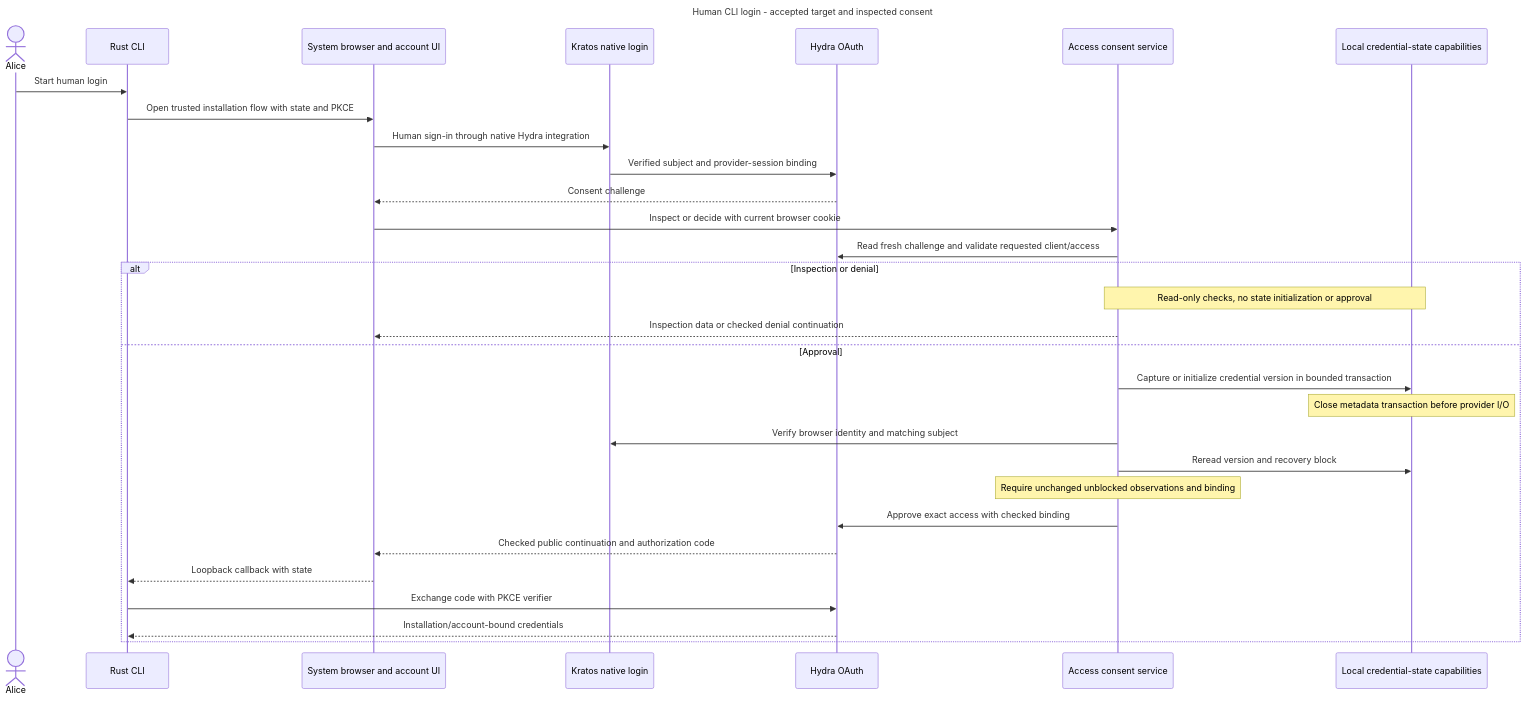
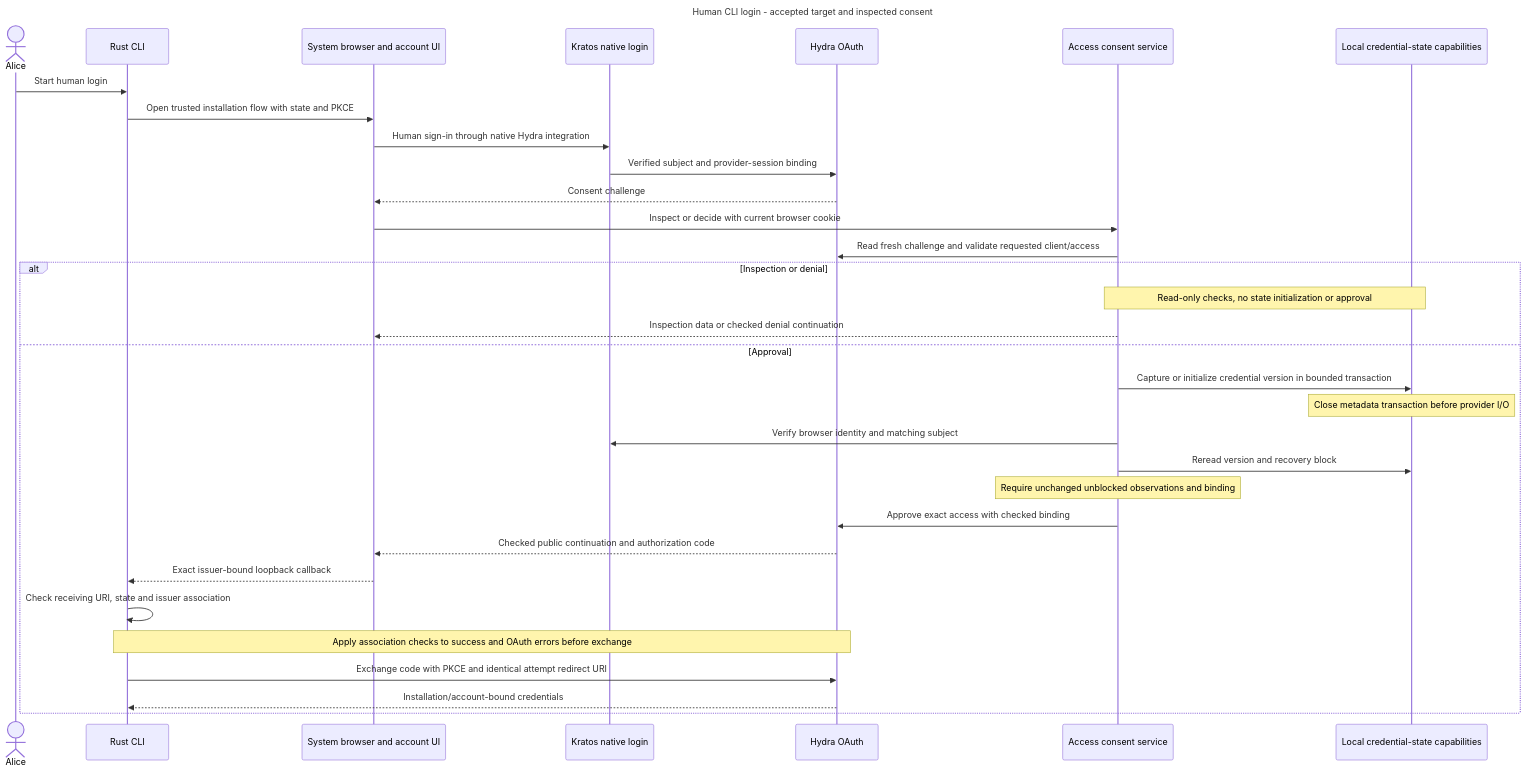
Before and after one commit to matejpalenik/inframeld: the diagram in .agents/skills/inframeld-access-models/references/human-cli-consent.md, drawn with Mermaid. The commit also changed other lines of this file and 179 other files, not shown here.

````diff
--- a/.agents/skills/inframeld-access-models/references/human-cli-consent.md
+++ b/.agents/skills/inframeld-access-models/references/human-cli-consent.md
@@ -29,35 +29,37 @@
 ```mermaid
 ---
 title: "Human CLI login - accepted target and inspected consent"
 ---
 sequenceDiagram
     actor Alice
     participant CLI as Rust CLI
     participant Browser as System browser and account UI
     participant Kratos as Kratos native login
     participant Hydra as Hydra OAuth
     participant Consent as Access consent service
     participant State as Local credential-state capabilities
     Alice->>CLI: Start human login
     CLI->>Browser: Open trusted installation flow with state and PKCE
     Browser->>Kratos: Human sign-in through native Hydra integration
     Kratos->>Hydra: Verified subject and provider-session binding
     Hydra-->>Browser: Consent challenge
     Browser->>Consent: Inspect or decide with current browser cookie
     Consent->>Hydra: Read fresh challenge and validate requested client/access
     alt Inspection or denial
         Note over Consent,State: Read-only checks, no state initialization or approval
         Consent-->>Browser: Inspection data or checked denial continuation
     else Approval
         Consent->>State: Capture or initialize credential version in bounded transaction
         Note over State: Close metadata transaction before provider I/O
         Consent->>Kratos: Verify browser identity and matching subject
         Consent->>State: Reread version and recovery block
         Note over Consent: Require unchanged unblocked observations and binding
         Consent->>Hydra: Approve exact access with checked binding
         Hydra-->>Browser: Checked public continuation and authorization code
-        Browser-->>CLI: Loopback callback with state
-        CLI->>Hydra: Exchange code with PKCE verifier
+        Browser-->>CLI: Exact issuer-bound loopback callback
+        CLI->>CLI: Check receiving URI, state and issuer association
+        Note over CLI,Hydra: Apply association checks to success and OAuth errors before exchange
+        CLI->>Hydra: Exchange code with PKCE and identical attempt redirect URI
         Hydra-->>CLI: Installation/account-bound credentials
     end
 ```
````
